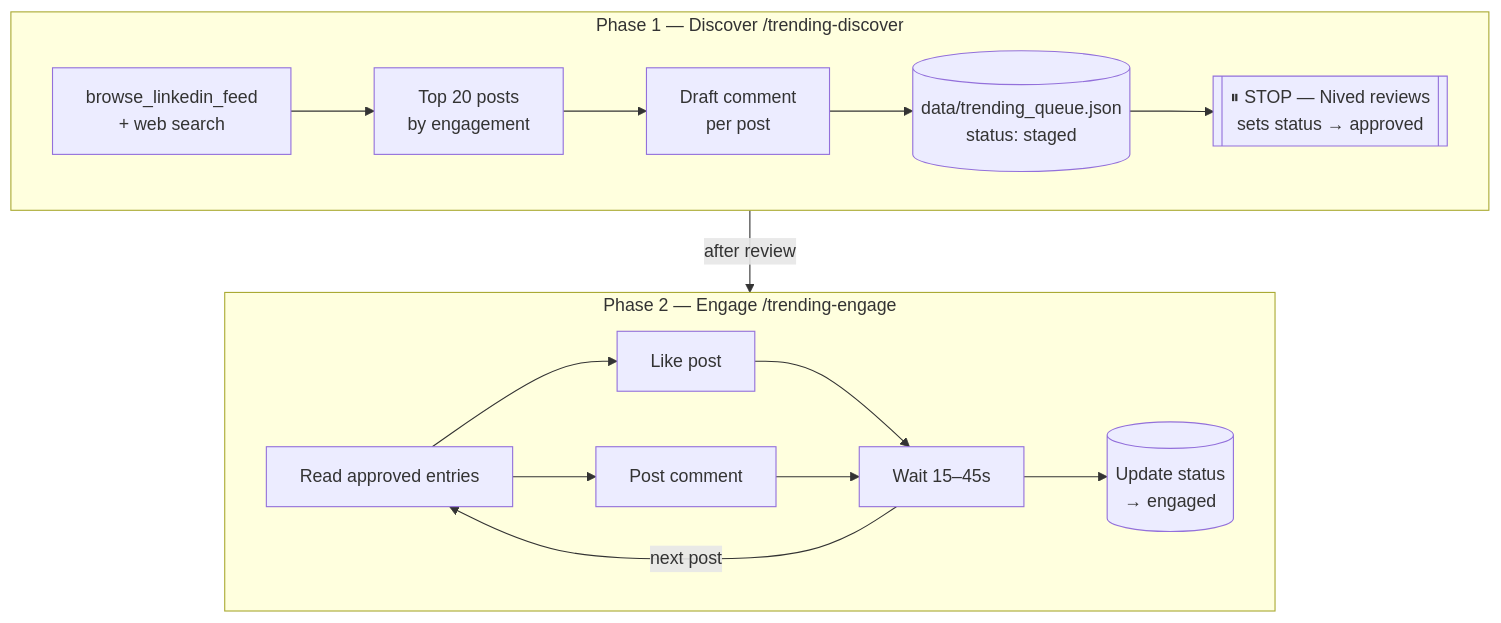
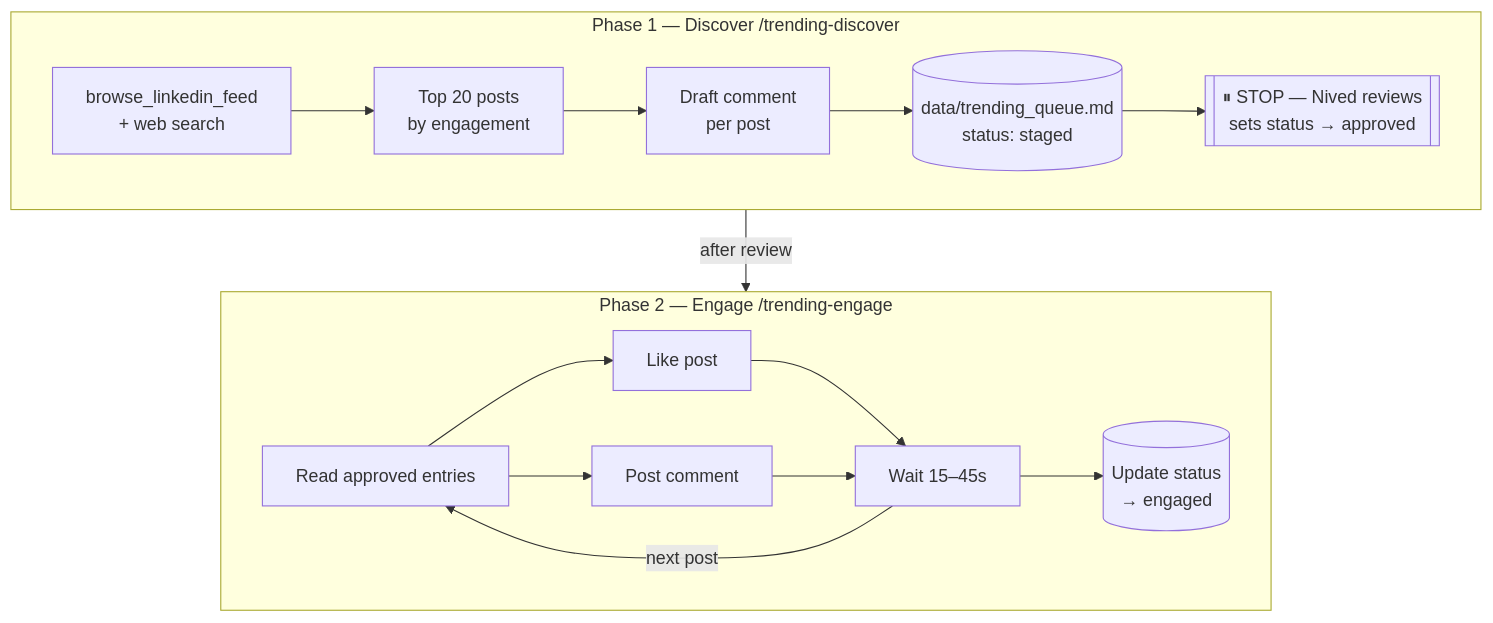
Before and after one commit to nived15/linkedin-helper: the fourth of 6 diagrams in README.md, drawn with Mermaid. The commit also changed other lines of this file and 7 other files, not shown here.

First line of the commit message:
fix: update data file references from .json to .md and add missing MCP tools

````diff
--- a/README.md
+++ b/README.md
@@ -88,20 +88,20 @@
 ```mermaid
 flowchart TD
     subgraph Phase1["Phase 1 — Discover  /trending-discover"]
         A[browse_linkedin_feed\n+ web search] --> B[Top 20 posts\nby engagement]
         B --> C[Draft comment\nper post]
-        C --> D[(data/trending_queue.json\nstatus: staged)]
+        C --> D[(data/trending_queue.md\nstatus: staged)]
         D --> E[[⏸ STOP — Nived reviews\nsets status → approved]]
     end
 
     subgraph Phase2["Phase 2 — Engage  /trending-engage"]
         F[Read approved entries] --> G[Like post]
         F --> H[Post comment]
         G --> I[Wait 15–45s]
         H --> I
         I -->|next post| F
         I --> J[(Update status\n→ engaged)]
     end
 
     Phase1 -->|after review| Phase2
 ```
````
